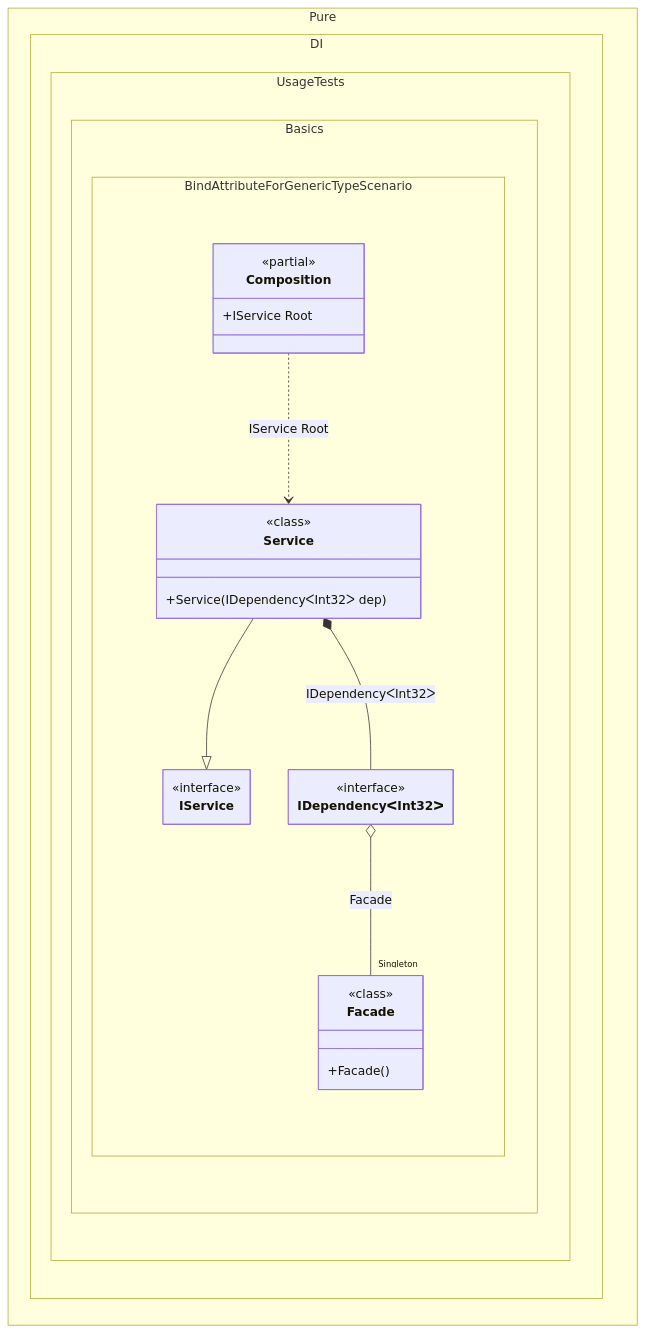
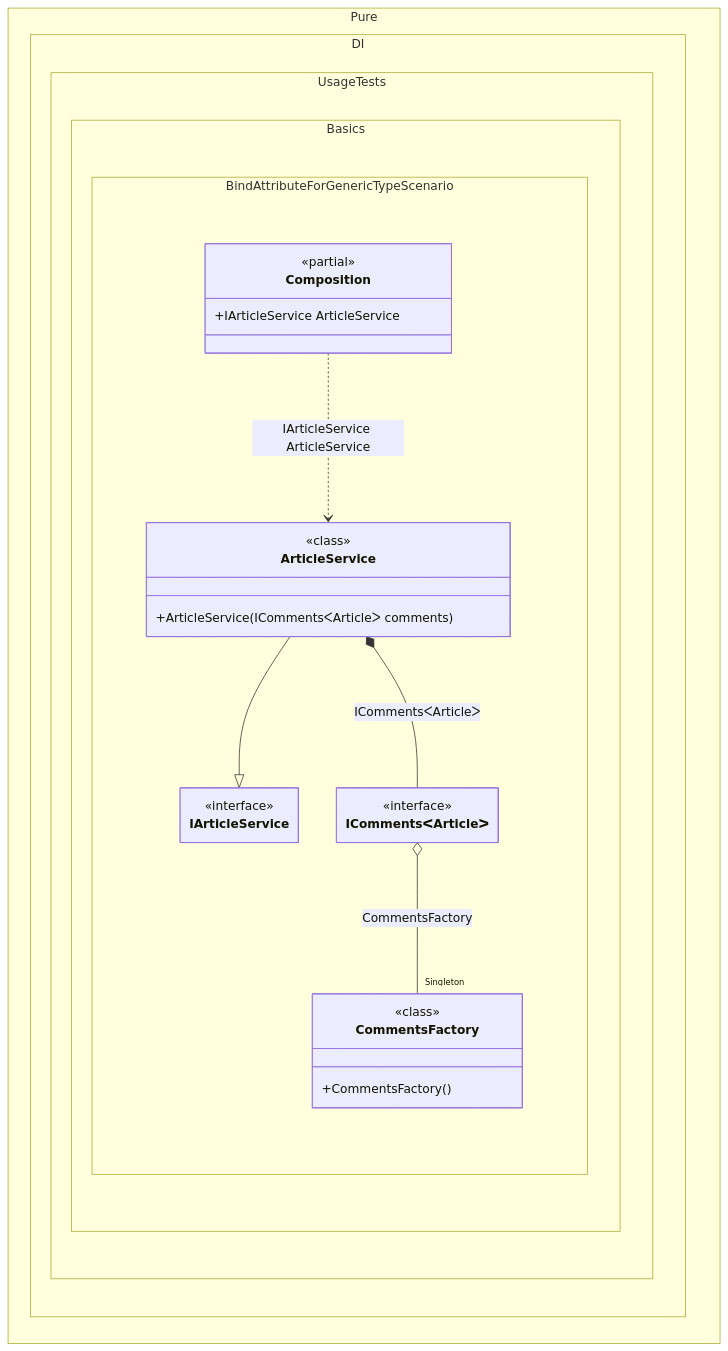
Before and after one commit to DevTeam/Pure.DI: the diagram in readme/bind-attribute-for-a-generic-type.md, drawn with Mermaid. The commit also changed other lines of this file and 126 other files, not shown here.

````diff
--- a/readme/bind-attribute-for-a-generic-type.md
+++ b/readme/bind-attribute-for-a-generic-type.md
@@ -129,34 +134,34 @@
 ```mermaid
 ---
  config:
   maxTextSize: 2147483647
   maxEdges: 2147483647
   class:
    hideEmptyMembersBox: true
 ---
 classDiagram
-	Service --|> IService
-	Composition ..> Service : IService Root
-	Service *--  IDependencyᐸInt32ᐳ : IDependencyᐸInt32ᐳ
-	IDependencyᐸInt32ᐳ o-- "Singleton" Facade : Facade
+	ArticleService --|> IArticleService
+	Composition ..> ArticleService : IArticleService ArticleService
+	ArticleService *--  ICommentsᐸArticleᐳ : ICommentsᐸArticleᐳ
+	ICommentsᐸArticleᐳ o-- "Singleton" CommentsFactory : CommentsFactory
 	namespace Pure.DI.UsageTests.Basics.BindAttributeForGenericTypeScenario {
+		class ArticleService {
+				<<class>>
+			+ArticleService(ICommentsᐸArticleᐳ comments)
+		}
+		class CommentsFactory {
+				<<class>>
+			+CommentsFactory()
+		}
 		class Composition {
 		<<partial>>
-		+IService Root
+		+IArticleService ArticleService
 		}
-		class Facade {
-				<<class>>
-			+Facade()
-		}
-		class IDependencyᐸInt32ᐳ {
-				<<interface>>
-		}
-		class IService {
+		class IArticleService {
 			<<interface>>
 		}
-		class Service {
-				<<class>>
-			+Service(IDependencyᐸInt32ᐳ dep)
+		class ICommentsᐸArticleᐳ {
+				<<interface>>
 		}
 	}
 ```
````
